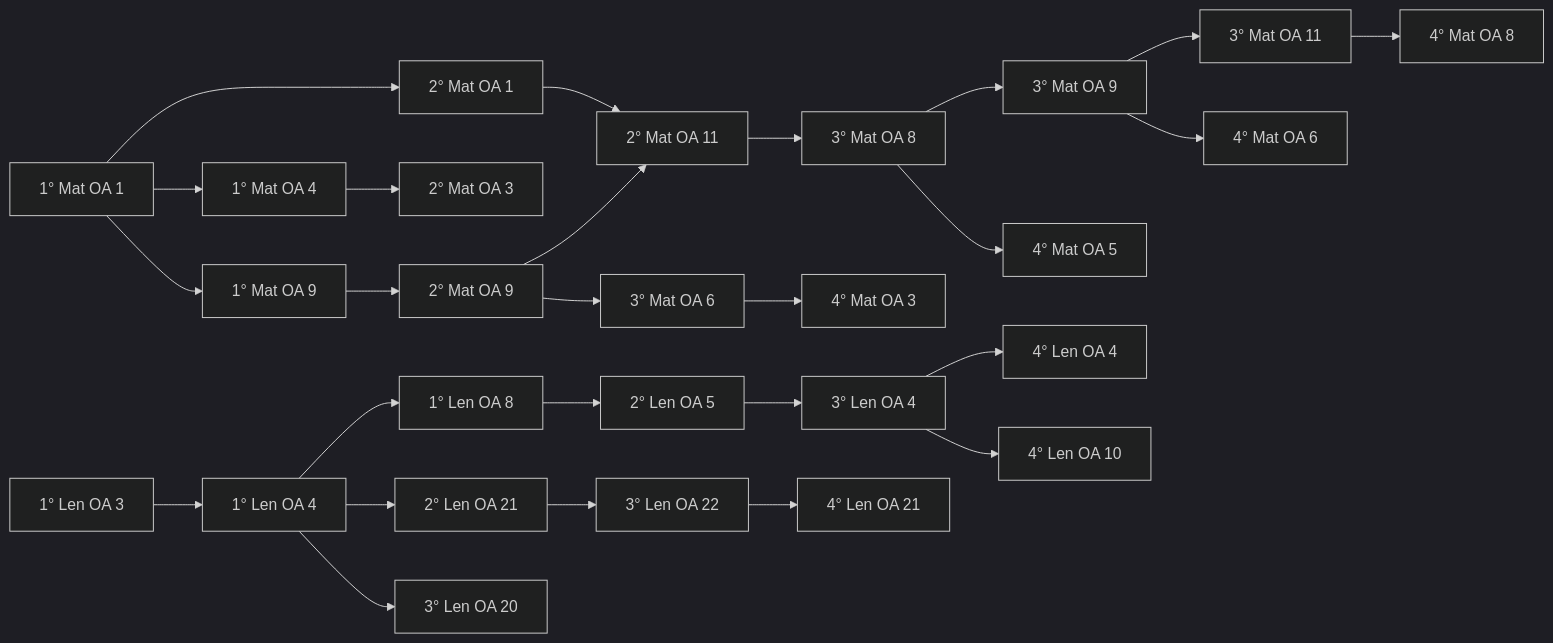
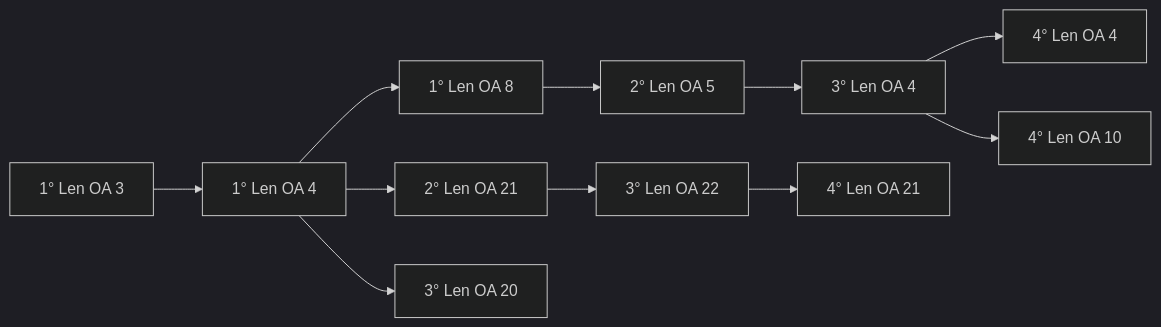
The second of 4 diagrams in expedicion-saber/docs/progresion.md (seanduarteu-cyber/PRODUCCION-PLAYMAKER), drawn with Mermaid (dark theme) before and after one commit. The commit also changed other lines of this file and 3 other files, not shown here.

````diff
--- a/expedicion-saber/docs/progresion.md
+++ b/expedicion-saber/docs/progresion.md
@@ -18,28 +53,13 @@
 ```mermaid
 flowchart LR
-  m1_1["1° Mat OA 1"] --> m1_4["1° Mat OA 4"]
-  m1_1 --> m1_9["1° Mat OA 9"]
-  m1_1 --> m2_1["2° Mat OA 1"]
-  m1_4 --> m2_3["2° Mat OA 3"]
-  m1_9 --> m2_9["2° Mat OA 9"]
-  m2_1 --> m2_11["2° Mat OA 11"]
-  m2_9 --> m2_11
-  m2_9 --> m3_6["3° Mat OA 6"]
-  m2_11 --> m3_8["3° Mat OA 8"]
-  m3_8 --> m3_9["3° Mat OA 9"]
-  m3_9 --> m3_11["3° Mat OA 11"]
-  m3_6 --> m4_3["4° Mat OA 3"]
-  m3_8 --> m4_5["4° Mat OA 5"]
-  m3_9 --> m4_6["4° Mat OA 6"]
-  m3_11 --> m4_8["4° Mat OA 8"]
-  l1_3["1° Len OA 3"] --> l1_4["1° Len OA 4"]
-  l1_4 --> l1_8["1° Len OA 8"]
-  l1_8 --> l2_5["2° Len OA 5"]
-  l1_4 --> l2_21["2° Len OA 21"]
-  l2_5 --> l3_4["3° Len OA 4"]
-  l1_4 --> l3_20["3° Len OA 20"]
-  l2_21 --> l3_22["3° Len OA 22"]
-  l3_4 --> l4_4["4° Len OA 4"]
-  l3_4 --> l4_10["4° Len OA 10"]
-  l3_22 --> l4_21["4° Len OA 21"]
+  1_basico_lenguaje_OA3["1° Len OA 3"] --> 1_basico_lenguaje_OA4["1° Len OA 4"]
+  1_basico_lenguaje_OA4["1° Len OA 4"] --> 1_basico_lenguaje_OA8["1° Len OA 8"]
+  1_basico_lenguaje_OA8["1° Len OA 8"] --> 2_basico_lenguaje_OA5["2° Len OA 5"]
+  1_basico_lenguaje_OA4["1° Len OA 4"] --> 2_basico_lenguaje_OA21["2° Len OA 21"]
+  2_basico_lenguaje_OA5["2° Len OA 5"] --> 3_basico_lenguaje_OA4["3° Len OA 4"]
+  1_basico_lenguaje_OA4["1° Len OA 4"] --> 3_basico_lenguaje_OA20["3° Len OA 20"]
+  2_basico_lenguaje_OA21["2° Len OA 21"] --> 3_basico_lenguaje_OA22["3° Len OA 22"]
+  3_basico_lenguaje_OA4["3° Len OA 4"] --> 4_basico_lenguaje_OA4["4° Len OA 4"]
+  3_basico_lenguaje_OA4["3° Len OA 4"] --> 4_basico_lenguaje_OA10["4° Len OA 10"]
+  3_basico_lenguaje_OA22["3° Len OA 22"] --> 4_basico_lenguaje_OA21["4° Len OA 21"]
 ```
````
